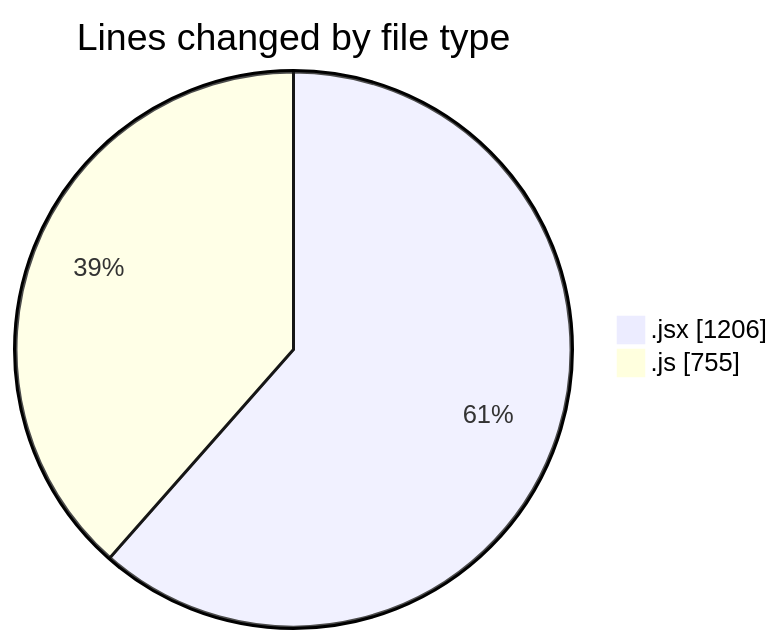
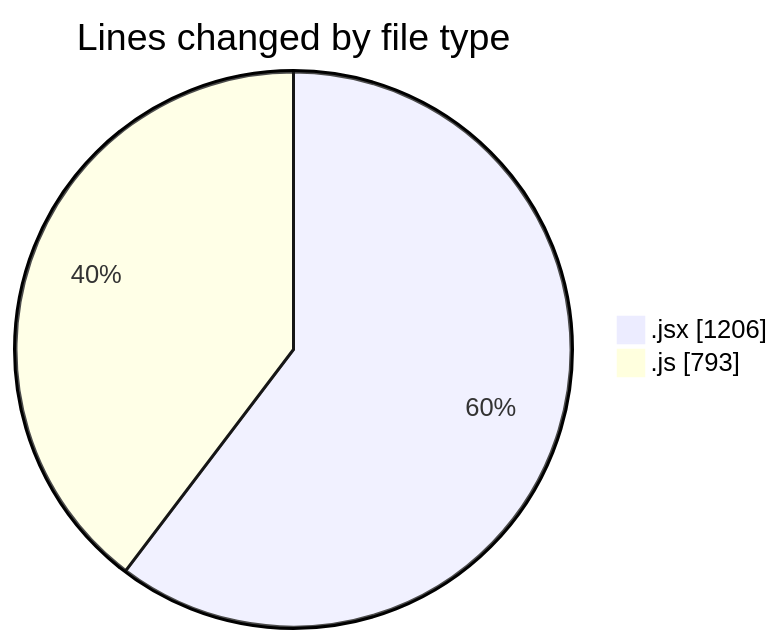
The first of 2 diagrams in 2025-10-27/nxtqube_webapp/README.md (nxtqubesakshisongat/code-tracking), drawn with Mermaid before and after one commit. The commit also changed other lines of this file and 1 other file, not shown here.

````diff
--- a/2025-10-27/nxtqube_webapp/README.md
+++ b/2025-10-27/nxtqube_webapp/README.md
@@ -21,6 +21,6 @@
 ```mermaid
 pie showData
 title Lines changed by file type
 ".jsx" : 1206
-".js" : 755
+".js" : 793
 ```
````
